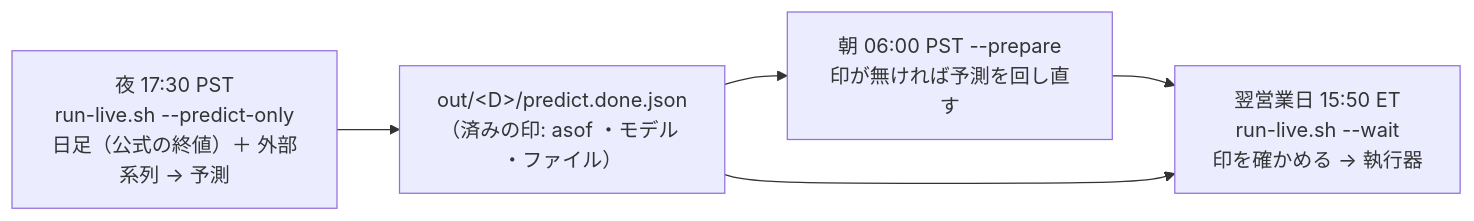
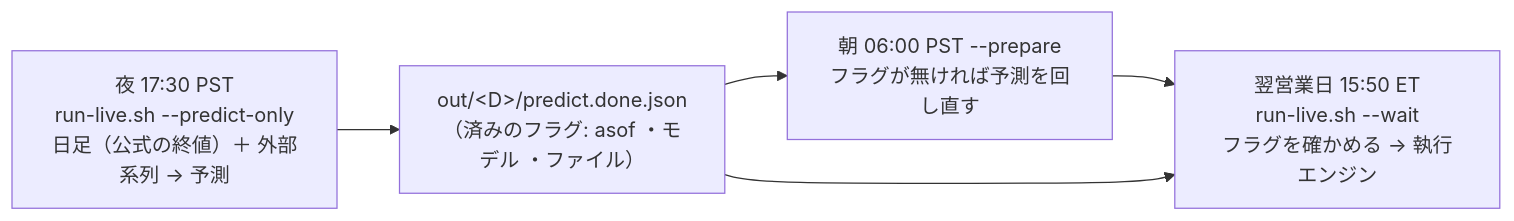
Before and after one commit to akiraak/ai-income-lab: the second of 2 diagrams in docs/plans/nightly-predict.md, drawn with Mermaid. The commit also changed other lines of this file and 45 other files, not shown here.

````diff
--- a/docs/plans/nightly-predict.md
+++ b/docs/plans/nightly-predict.md
@@ -89,7 +89,7 @@
 ```mermaid
 flowchart LR
-  N["夜 17:30 PST<br/>run-live.sh --predict-only<br/>日足（公式の終値）＋ 外部系列 → 予測"] --> M["out/&lt;D&gt;/predict.done.json<br/>（済みの印: asof ・モデル ・ファイル）"]
-  M --> P["朝 06:00 PST --prepare<br/>印が無ければ予測を回し直す"]
-  P --> T["翌営業日 15:50 ET<br/>run-live.sh --wait<br/>印を確かめる → 執行器"]
+  N["夜 17:30 PST<br/>run-live.sh --predict-only<br/>日足（公式の終値）＋ 外部系列 → 予測"] --> M["out/&lt;D&gt;/predict.done.json<br/>（済みのフラグ: asof ・モデル ・ファイル）"]
+  M --> P["朝 06:00 PST --prepare<br/>フラグが無ければ予測を回し直す"]
+  P --> T["翌営業日 15:50 ET<br/>run-live.sh --wait<br/>フラグを確かめる → 執行エンジン"]
   M --> T
 ```
````
